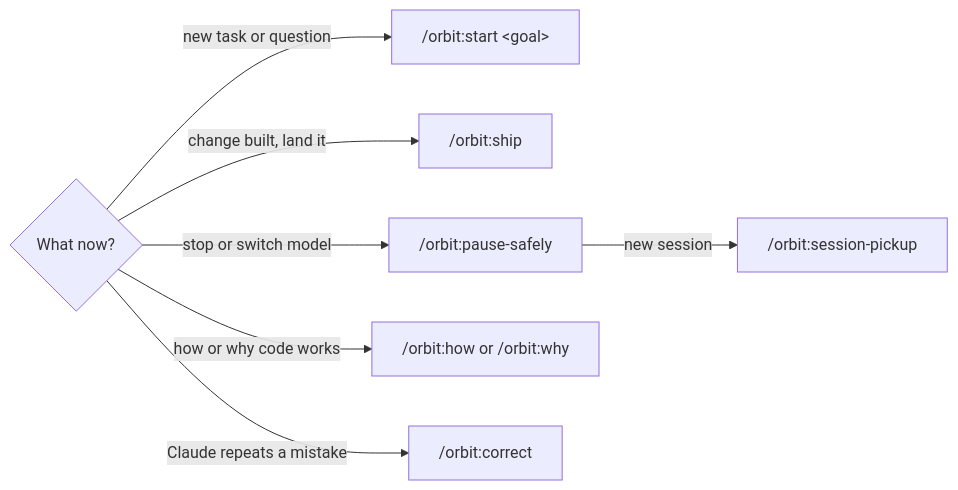
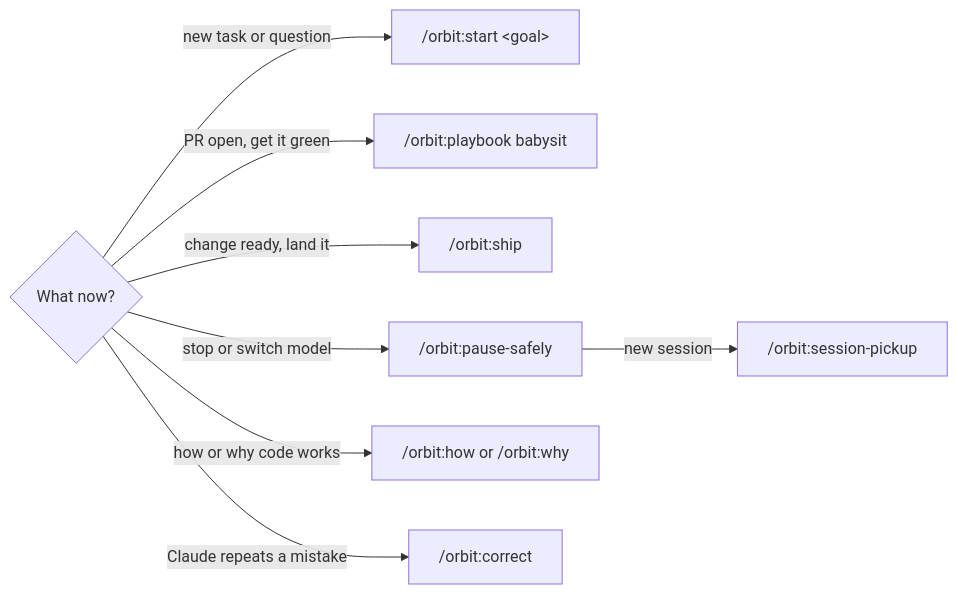
Before and after one commit to aayushbtw/orbit: the second of 2 diagrams in README.md, drawn with Mermaid. The commit also changed other lines of this file and 12 other files, not shown here.

Commit message:
feat(orbit): rewire flows to the ship split

````diff
--- a/README.md
+++ b/README.md
@@ -53,10 +53,11 @@
 ```mermaid
 flowchart LR
     q{What now?}
     q -- new task or question --> start["/orbit:start &lt;goal&gt;"]
-    q -- change built, land it --> ship["/orbit:ship"]
+    q -- PR open, get it green --> babysit["/orbit:playbook babysit"]
+    q -- change ready, land it --> ship["/orbit:ship"]
     q -- stop or switch model --> pause["/orbit:pause-safely"]
     pause -- new session --> pickup["/orbit:session-pickup"]
     q -- how or why code works --> how["/orbit:how or /orbit:why"]
     q -- Claude repeats a mistake --> correct["/orbit:correct"]
 ```
````
